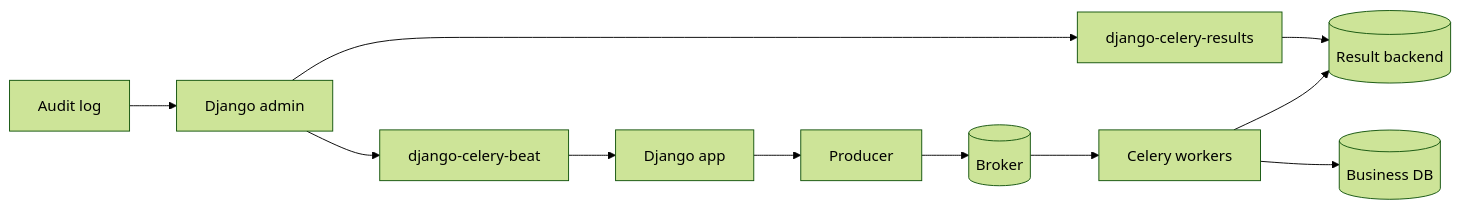
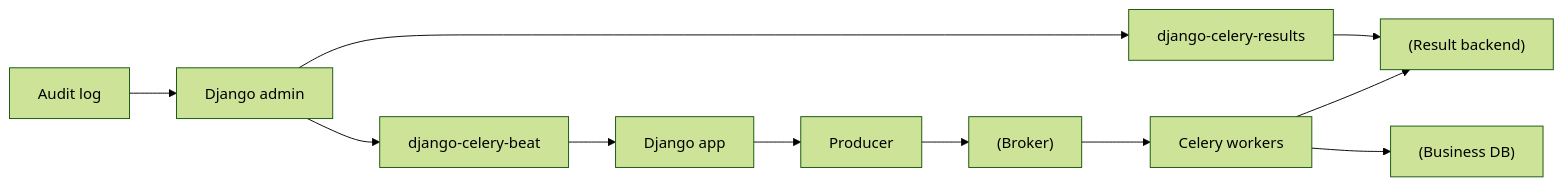
The diagram in directions/services/celery/pact/33_katalog_instrumentov_bibliotek_i_integracii/14_33_33_4_django_ekosistema.md (DDoSKudya/ai-study-atlas), drawn with Mermaid (forest theme) before and after one commit. The commit also changed 322 other files, not shown here.

Commit message:
fix(docs): make mermaid diagrams GitHub-compatible across directions content

````diff
--- a/directions/services/celery/pact/33_katalog_instrumentov_bibliotek_i_integracii/14_33_33_4_django_ekosistema.md
+++ b/directions/services/celery/pact/33_katalog_instrumentov_bibliotek_i_integracii/14_33_33_4_django_ekosistema.md
@@ -65,13 +65,13 @@
 ```mermaid
 flowchart LR
-    A[Django app] --> B[Producer]
-    B --> C[(Broker)]
-    C --> D[Celery workers]
-    D --> E[(Result backend)]
-    D --> F[(Business DB)]
-    G[django-celery-beat] --> A
-    H[django-celery-results] --> E
-    I[Django admin] --> G
+    A["Django app"] --> B["Producer"]
+    B --> C["(Broker)"]
+    C --> D["Celery workers"]
+    D --> E["(Result backend)"]
+    D --> F["(Business DB)"]
+    G["django-celery-beat"] --> A
+    H["django-celery-results"] --> E
+    I["Django admin"] --> G
     I --> H
-    J[Audit log] --> I
+    J["Audit log"] --> I
 ```
````
